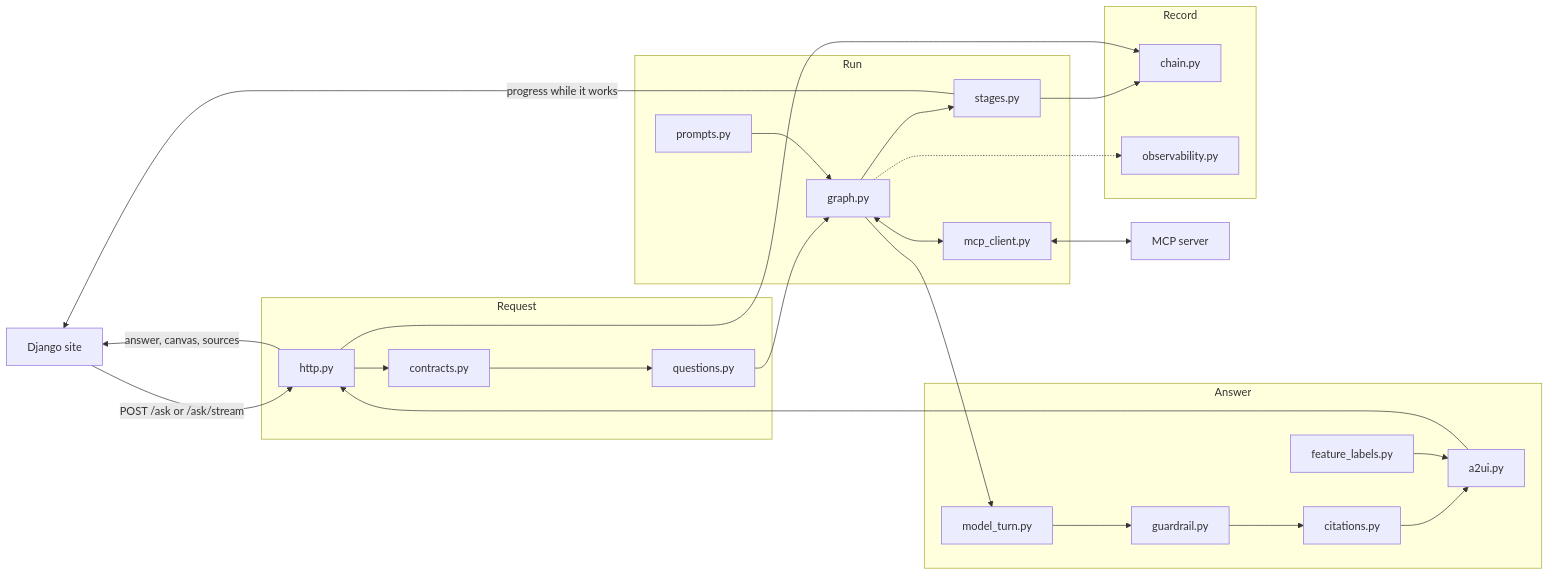
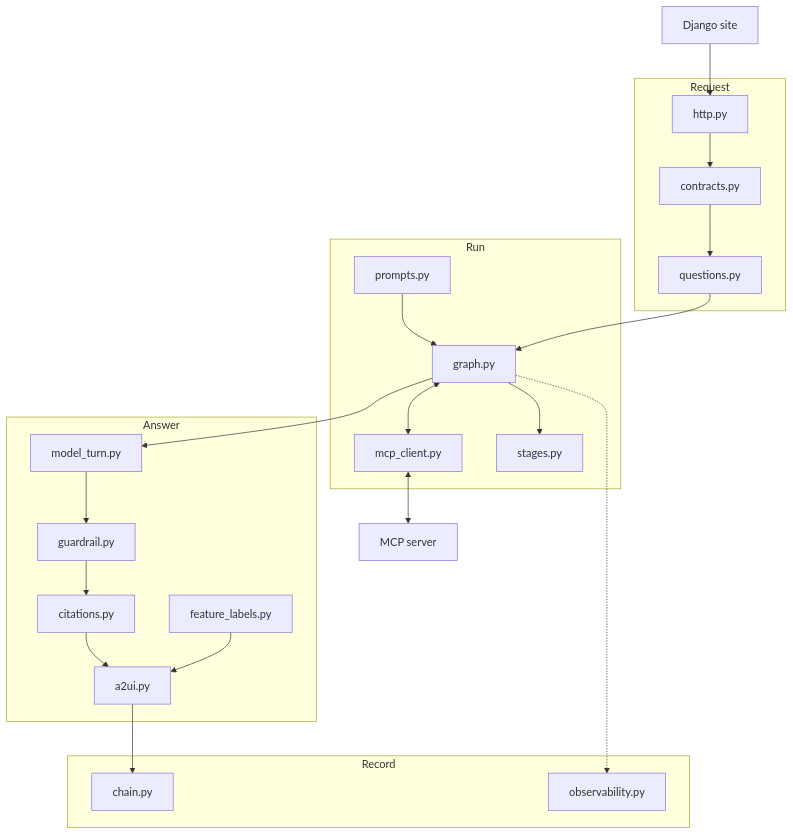
Before and after one commit to DanHerman212/enterprise_clinical_copilot: the diagram in services/agent/README.md, drawn with Mermaid. The commit also changed other lines of this file and 2 other files, not shown here.

Commit message:
updated local visual content for readme files

````diff
--- a/services/agent/README.md
+++ b/services/agent/README.md
@@ -11,46 +11,33 @@
 ```mermaid
-flowchart LR
+flowchart TD
   caller["Django site"]
 
   subgraph req["Request"]
-    http["http.py"]
-    contracts["contracts.py"]
-    questions["questions.py"]
+    http["http.py"] --> contracts["contracts.py"] --> questions["questions.py"]
   end
 
   subgraph run["Run"]
-    flow["graph.py"]
-    prompts["prompts.py"]
-    mcp["mcp_client.py"]
-    stages["stages.py"]
+    prompts["prompts.py"] --> flow["graph.py"]
+    flow <--> mcp["mcp_client.py"]
+    flow --> stages["stages.py"]
   end
 
   subgraph ans["Answer"]
-    turn["model_turn.py"]
-    guard["guardrail.py"]
-    cites["citations.py"]
-    canvas["a2ui.py"]
-    labels["feature_labels.py"]
+    turn["model_turn.py"] --> guard["guardrail.py"] --> cites["citations.py"] --> canvas["a2ui.py"]
+    labels["feature_labels.py"] --> canvas
   end
 
   subgraph rec["Record"]
     chain["chain.py"]
     obs["observability.py"]
   end
 
   tools["MCP server"]
 
-  caller -->|"POST /ask or /ask/stream"| http
-  http --> contracts --> questions --> flow
-  prompts --> flow
-  flow <--> mcp
+  caller --> http
+  questions --> flow
+  flow --> turn
   mcp <--> tools
-  flow --> stages
-  stages -->|"progress while it works"| caller
-  flow --> turn --> guard --> cites --> canvas --> http
-  labels --> canvas
-  http -->|"answer, canvas, sources"| caller
-  stages --> chain
-  http --> chain
+  canvas --> chain
   flow -.-> obs
 ```
````
